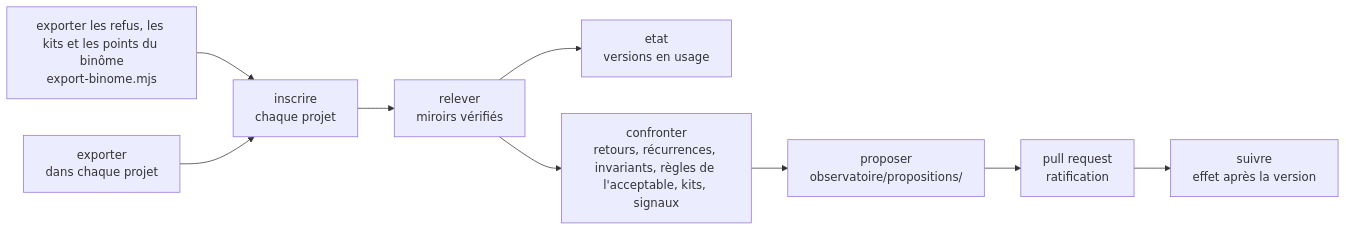
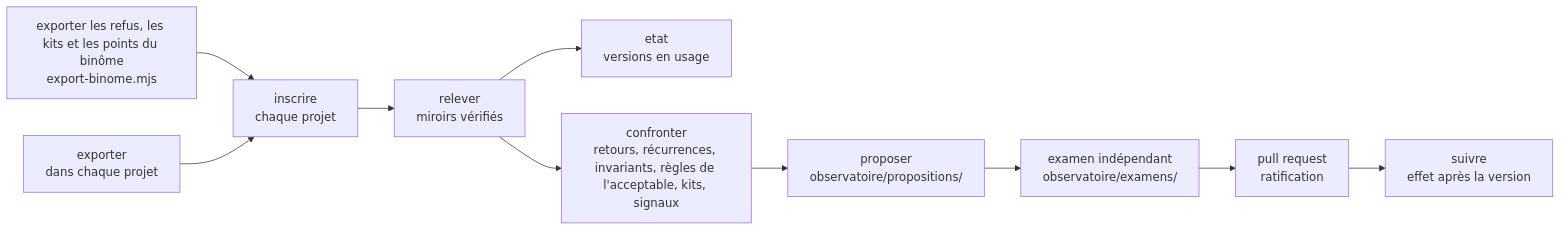
One commit to FredGarcia/Agent2Prompt changed the diagram in docs/observatoire/mode-emploi.md. Above: the diagram before and after it, drawn with Mermaid. The commit also changed other lines of this file and 92 other files, not shown here.

````diff
--- a/docs/observatoire/mode-emploi.md
+++ b/docs/observatoire/mode-emploi.md
@@ -5,11 +5,12 @@
 ```mermaid
 flowchart LR
   B["exporter les refus, les kits et les points du binôme<br/>export-binome.mjs"] --> I
   E["exporter<br/>dans chaque projet"] --> I["inscrire<br/>chaque projet"]
   I --> R["relever<br/>miroirs vérifiés"]
   R --> T["etat<br/>versions en usage"]
   R --> C["confronter<br/>retours, récurrences, invariants, règles de l'acceptable, kits, signaux"]
   C --> P["proposer<br/>observatoire/propositions/"]
-  P --> PR["pull request<br/>ratification"]
+  P --> X["examen indépendant<br/>observatoire/examens/"]
+  X --> PR["pull request<br/>ratification"]
   PR --> S["suivre<br/>effet après la version"]
 ```
````
